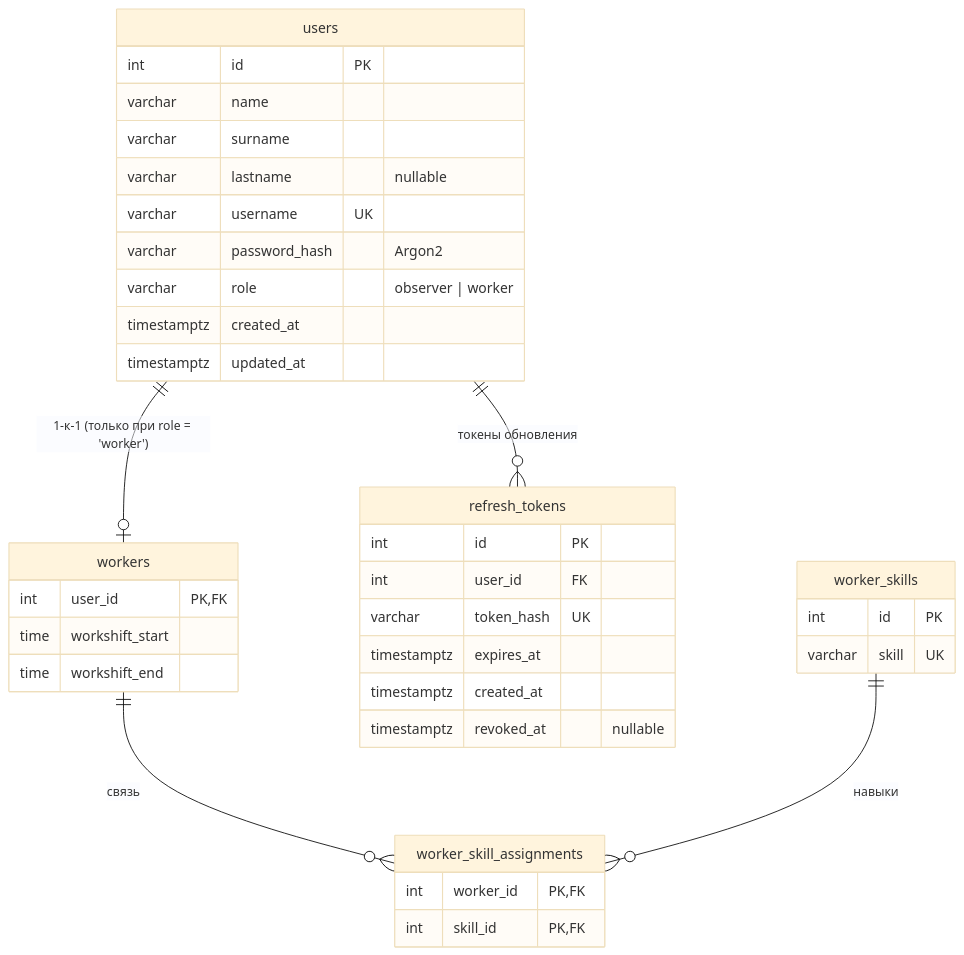
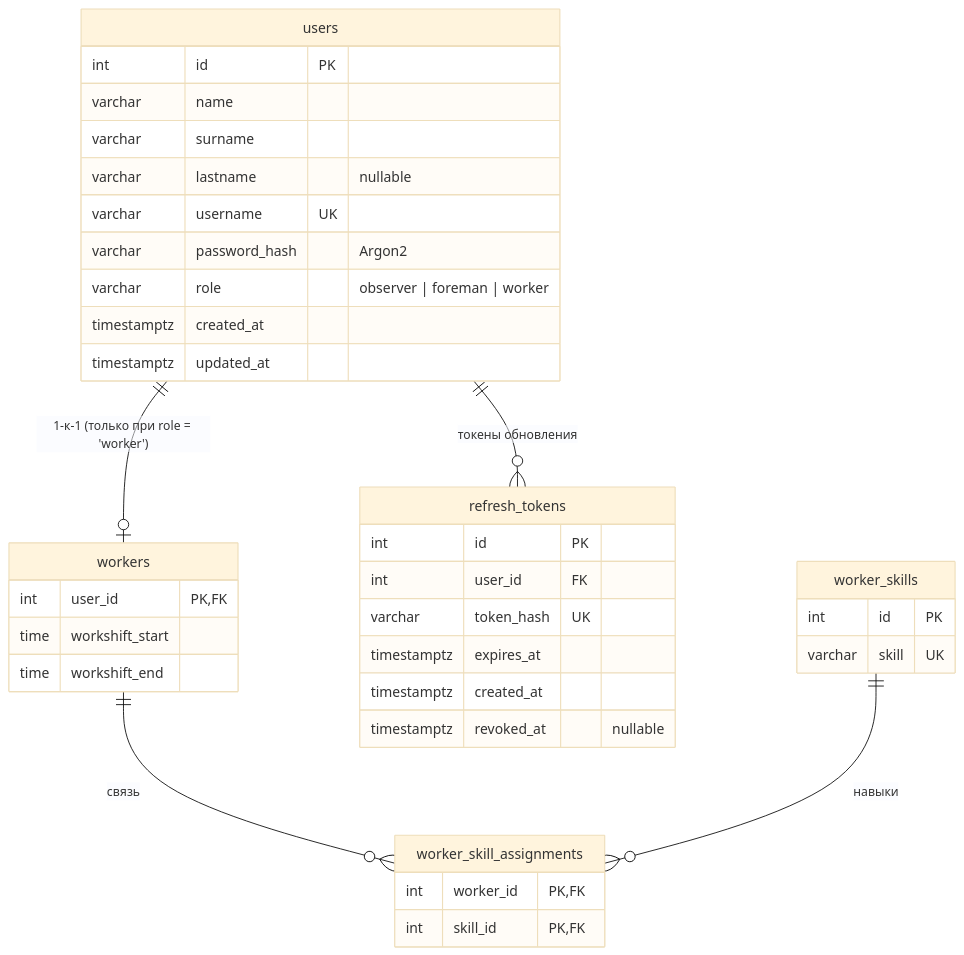
One commit to kiryshahaha/beeline-business changed the second of 2 diagrams in backend/README.md. Above: the diagram before and after it, drawn with Mermaid (base theme). The commit also changed other lines of this file and 30 other files, not shown here.

````diff
--- a/backend/README.md
+++ b/backend/README.md
@@ -299,44 +311,44 @@
 ```mermaid
 erDiagram
     users ||--o| workers : "1-к-1 (только при role = 'worker')"
     users ||--o{ refresh_tokens : "токены обновления"
     workers ||--o{ worker_skill_assignments : "связь"
     worker_skills ||--o{ worker_skill_assignments : "навыки"
 
     users {
         int id PK
         varchar name
         varchar surname
         varchar lastname "nullable"
         varchar username UK
         varchar password_hash "Argon2"
-        varchar role "observer | worker"
+        varchar role "observer | foreman | worker"
         timestamptz created_at
         timestamptz updated_at
     }
 
     refresh_tokens {
         int id PK
         int user_id FK
         varchar token_hash UK
         timestamptz expires_at
         timestamptz created_at
         timestamptz revoked_at "nullable"
     }
 
     workers {
         int user_id PK, FK
         time workshift_start
         time workshift_end
     }
 
     worker_skills {
         int id PK
         varchar skill UK
     }
 
     worker_skill_assignments {
         int worker_id PK, FK
         int skill_id PK, FK
     }
 ```
````
